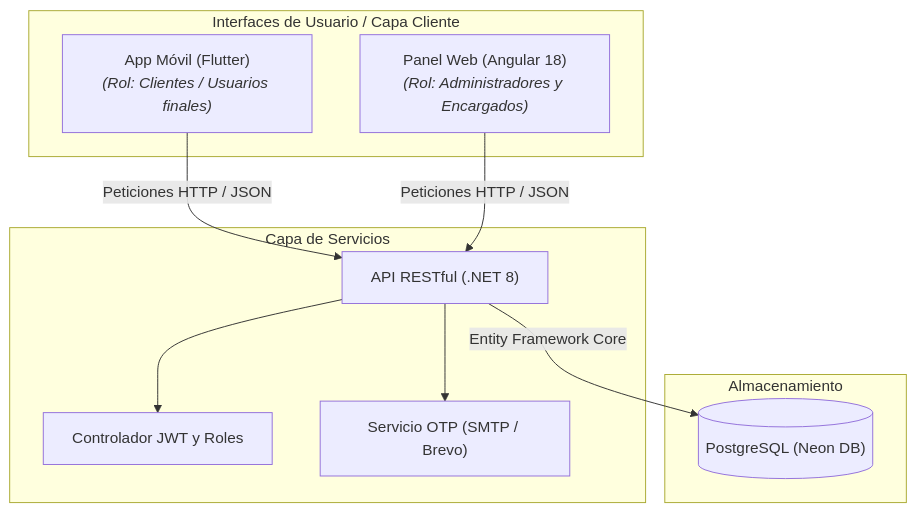
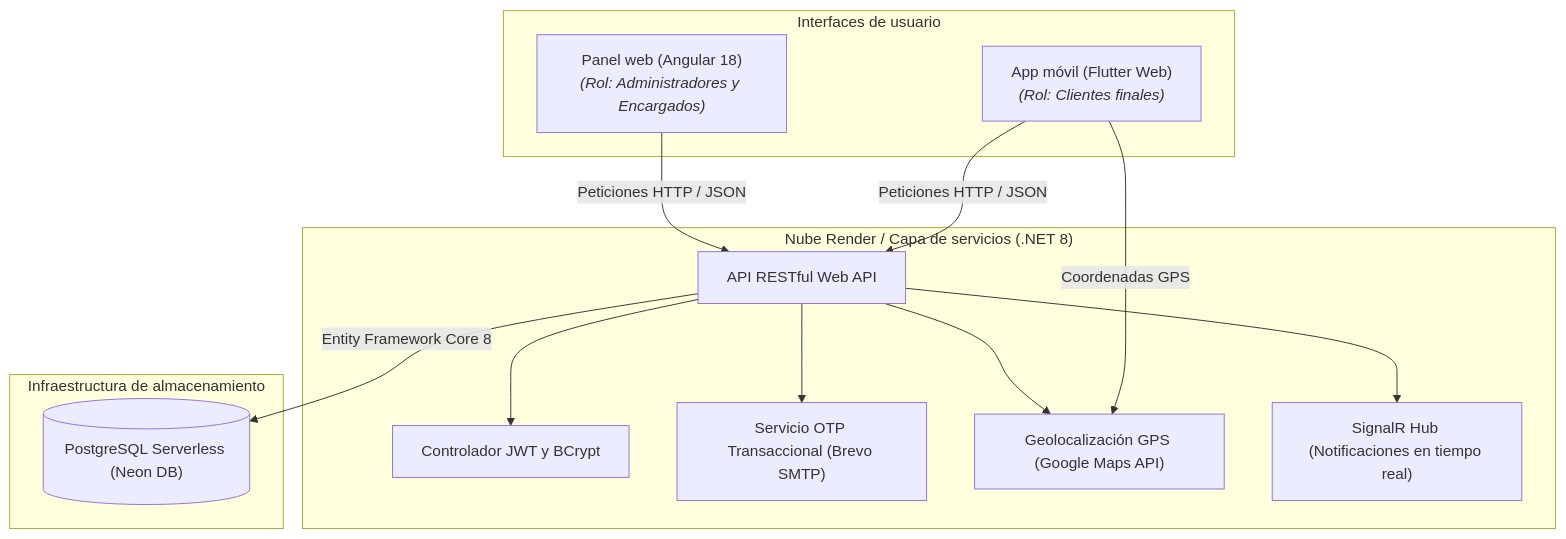
Before and after one commit to luisknight24/GestionCreditos-Completo: the diagram in README.md, drawn with Mermaid. The commit also changed other lines of this file and 1 other file, not shown here.

Commit message:
docs: se actualizó la documentación del archivo README con la arquitectura, módulos e infraestructura del sistema

````diff
--- a/README.md
+++ b/README.md
@@ -20,23 +21,28 @@
 ```mermaid
 graph TD
-    subgraph "Interfaces de Usuario / Capa Cliente"
-        A["App Móvil (Flutter)<br/><i>(Rol: Clientes / Usuarios finales)</i>"]
-        B["Panel Web (Angular 18)<br/><i>(Rol: Administradores y Encargados)</i>"]
+    subgraph "Interfaces de usuario"
+        A["App móvil (Flutter Web)<br/><i>(Rol: Clientes finales)</i>"]
+        B["Panel web (Angular 18)<br/><i>(Rol: Administradores y Encargados)</i>"]
     end
 
-    subgraph "Capa de Servicios"
-        C["API RESTful (.NET 8)"]
-        D["Controlador JWT y Roles"]
-        E["Servicio OTP (SMTP / Brevo)"]
+    subgraph "Nube Render / Capa de servicios (.NET 8)"
+        C["API RESTful Web API"]
+        D["Controlador JWT y BCrypt"]
+        E["Servicio OTP Transaccional (Brevo SMTP)"]
+        G["Geolocalización GPS (Google Maps API)"]
+        H["SignalR Hub (Notificaciones en tiempo real)"]
     end
 
-    subgraph "Almacenamiento"
-        F[("PostgreSQL (Neon DB)")]
+    subgraph "Infraestructura de almacenamiento"
+        F[("PostgreSQL Serverless (Neon DB)")]
     end
 
     A -->|Peticiones HTTP / JSON| C
     B -->|Peticiones HTTP / JSON| C
+    A -->|Coordenadas GPS| G
     C --> D
     C --> E
-    C -->|Entity Framework Core| F
+    C --> G
+    C --> H
+    C -->|Entity Framework Core 8| F
 ```
````
